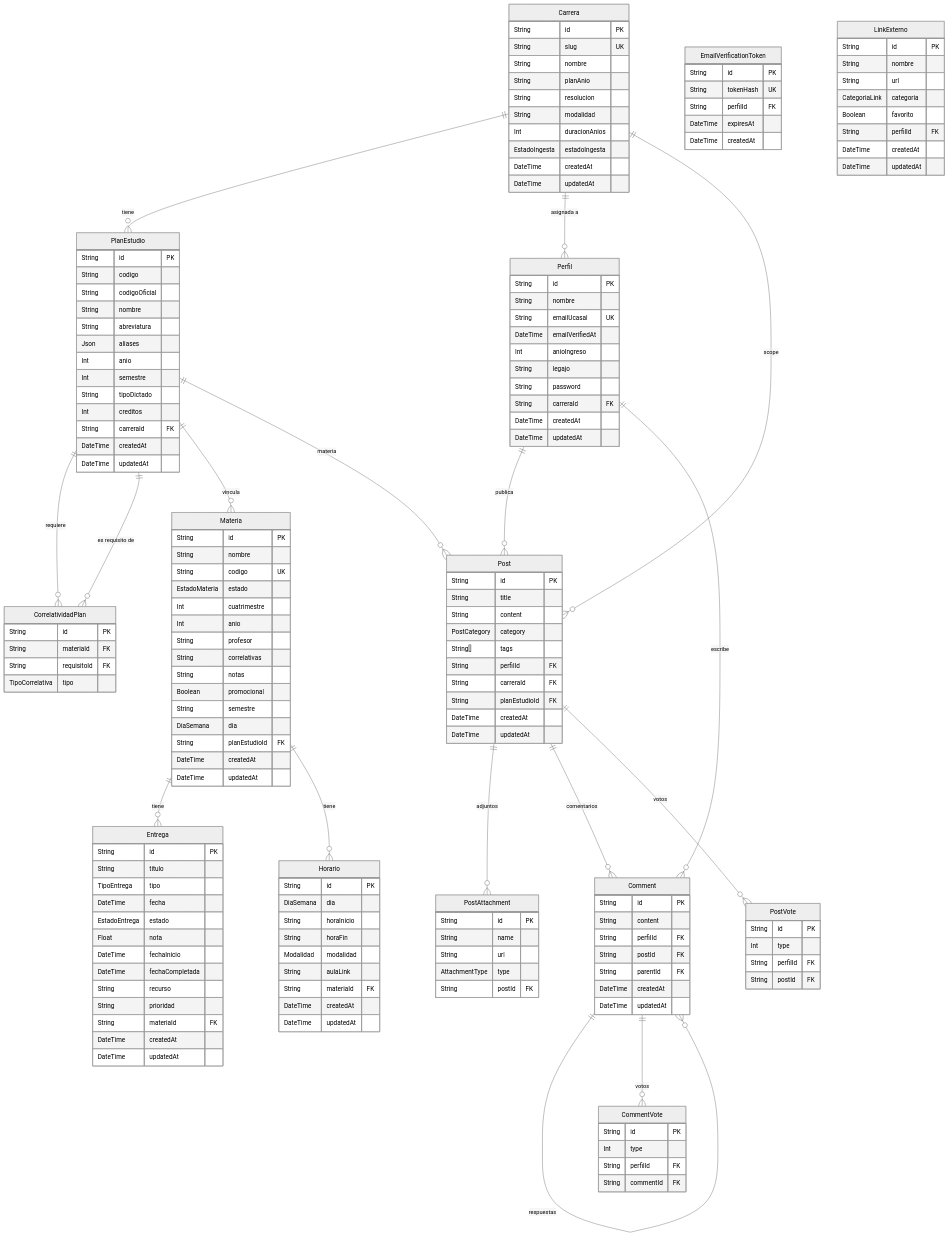
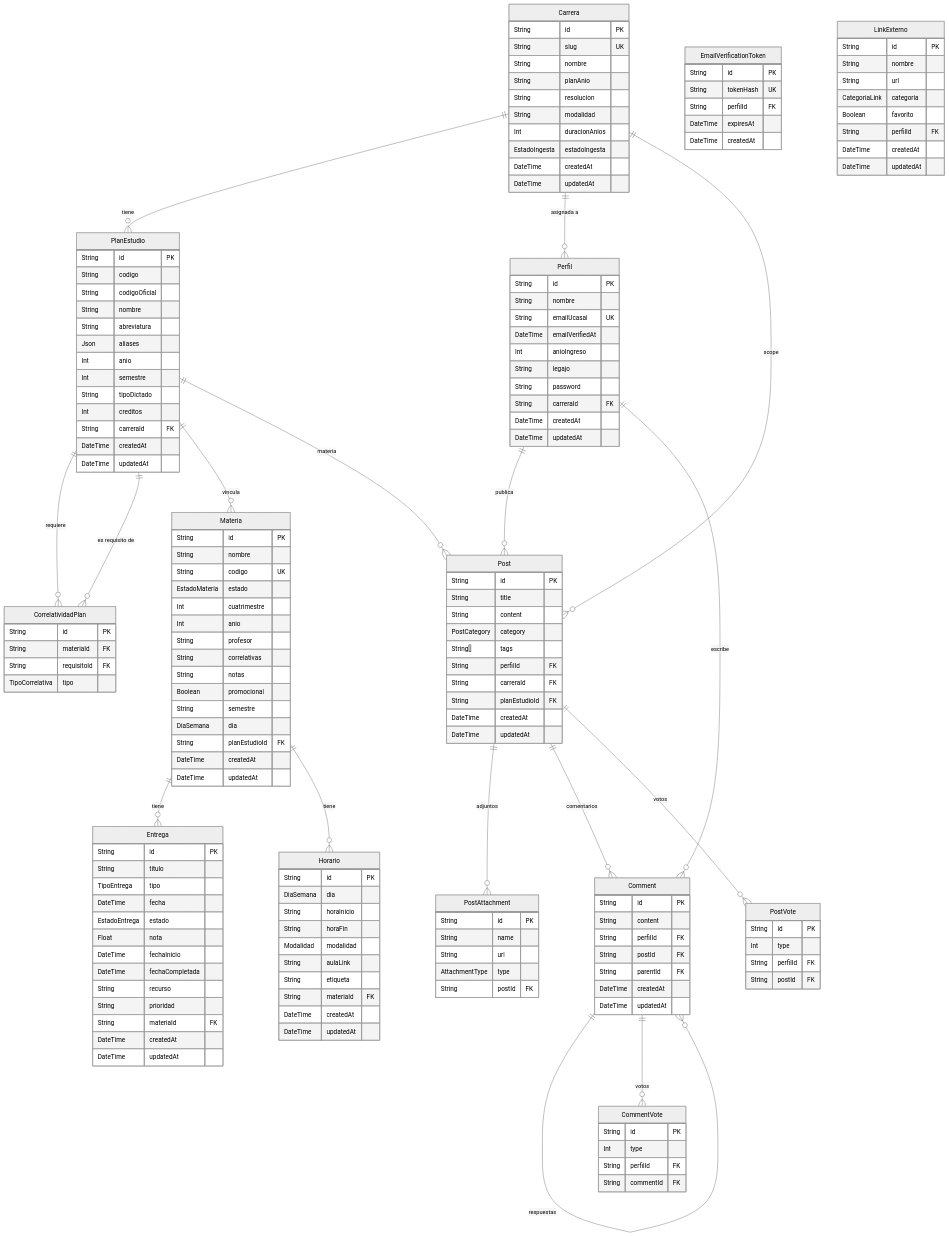
Before and after one commit to lautioliver/UcaNode: the diagram in wiki/Modelo-de-datos.md, drawn with Mermaid (neutral theme). The commit also changed 12 other files, not shown here.

```diff
--- a/wiki/Modelo-de-datos.md
+++ b/wiki/Modelo-de-datos.md
@@ -104,6 +104,7 @@
         String horaFin
         Modalidad modalidad
         String aulaLink
+        String etiqueta
         String materiaId FK
         DateTime createdAt
         DateTime updatedAt
```
